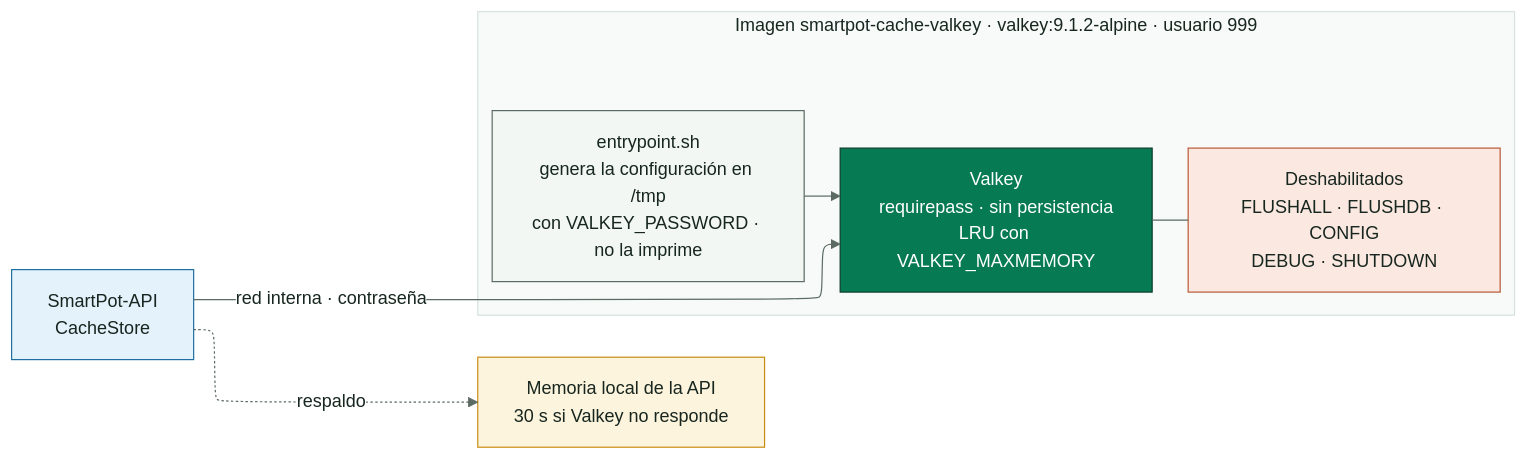
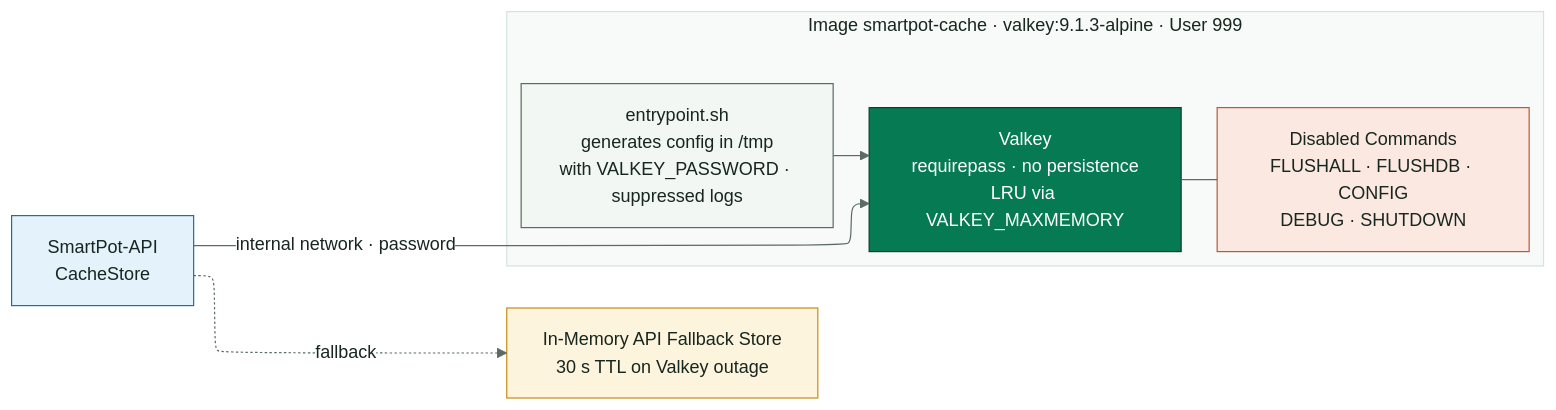
The third of 4 diagrams in docs/SmartPot_Cache_Documentation.md (SmartPotTech/SmartPot-Cache), drawn with Mermaid before and after one commit. The commit also changed other lines of this file and 8 other files, not shown here.

Commit message:
docs(specs): synchronize 100% english documentation, diagrams, and formal deliverables

````diff
--- a/docs/SmartPot_Cache_Documentation.md
+++ b/docs/SmartPot_Cache_Documentation.md
@@ -164,28 +160,28 @@
 ```mermaid
 %%{init: {"theme": "base", "fontFamily": "Segoe UI, Arial, sans-serif", "themeVariables": {"fontFamily": "Segoe UI, Arial, sans-serif", "fontSize": "15px", "primaryColor": "#DDF5EA", "primaryTextColor": "#17261F", "primaryBorderColor": "#067A52", "secondaryColor": "#E3F2FB", "secondaryTextColor": "#17261F", "secondaryBorderColor": "#1F6FA0", "tertiaryColor": "#F2F7F4", "tertiaryTextColor": "#17261F", "tertiaryBorderColor": "#D5E3DC", "lineColor": "#5B6B63", "textColor": "#17261F", "mainBkg": "#DDF5EA", "nodeBorder": "#067A52", "clusterBkg": "#F7FAF8", "clusterBorder": "#D5E3DC", "edgeLabelBackground": "#FFFFFF", "actorBkg": "#067A52", "actorBorder": "#0B3D2B", "actorTextColor": "#FFFFFF", "actorLineColor": "#5B6B63", "signalColor": "#17261F", "signalTextColor": "#17261F", "labelBoxBkgColor": "#0B3D2B", "labelBoxBorderColor": "#0B3D2B", "labelTextColor": "#FFFFFF", "loopTextColor": "#0B3D2B", "noteBkgColor": "#FDF4DD", "noteBorderColor": "#C98D12", "noteTextColor": "#17261F", "activationBkgColor": "#DDF5EA", "activationBorderColor": "#067A52", "attributeBackgroundColorOdd": "#FFFFFF", "attributeBackgroundColorEven": "#F2F7F4"}, "layout": "elk", "elk": {"nodePlacementStrategy": "BRANDES_KOEPF", "mergeEdges": false, "cycleBreakingStrategy": "GREEDY"}}}%%
 flowchart LR
   api["SmartPot-API<br/>CacheStore"]
-  subgraph imagen["Imagen smartpot-cache-valkey · valkey:9.1.2-alpine · usuario 999"]
+  subgraph imagen["Image smartpot-cache · valkey:9.1.3-alpine · User 999"]
     direction TB
-    entry["entrypoint.sh<br/>genera la configuración en /tmp<br/>con VALKEY_PASSWORD · no la imprime"]
-    valkey["Valkey<br/>requirepass · sin persistencia<br/>LRU con VALKEY_MAXMEMORY"]
-    blocked["Deshabilitados<br/>FLUSHALL · FLUSHDB · CONFIG<br/>DEBUG · SHUTDOWN"]
+    entry["entrypoint.sh<br/>generates config in /tmp<br/>with VALKEY_PASSWORD · suppressed logs"]
+    valkey["Valkey<br/>requirepass · no persistence<br/>LRU via VALKEY_MAXMEMORY"]
+    blocked["Disabled Commands<br/>FLUSHALL · FLUSHDB · CONFIG<br/>DEBUG · SHUTDOWN"]
   end
-  local["Memoria local de la API<br/>30 s si Valkey no responde"]
-  api -->|"red interna · contraseña"| valkey
+  local["In-Memory API Fallback Store<br/>30 s TTL on Valkey outage"]
+  api -->|"internal network · password"| valkey
   entry --> valkey
   valkey --- blocked
-  api -.->|"respaldo"| local
+  api -.->|"fallback"| local
   classDef leaf fill:#DDF5EA,stroke:#067A52,color:#17261F
   classDef water fill:#E3F2FB,stroke:#1F6FA0,color:#17261F
   classDef sun fill:#FDF4DD,stroke:#C98D12,color:#17261F
   classDef clay fill:#FBE9E1,stroke:#B85A38,color:#17261F
   classDef core fill:#067A52,stroke:#0B3D2B,color:#FFFFFF
   classDef deep fill:#0B3D2B,stroke:#06281C,color:#FFFFFF
   classDef muted fill:#F2F7F4,stroke:#5B6B63,color:#17261F
   class api water
   class entry muted
   class valkey core
   class blocked clay
   class local sun
 ```
````
